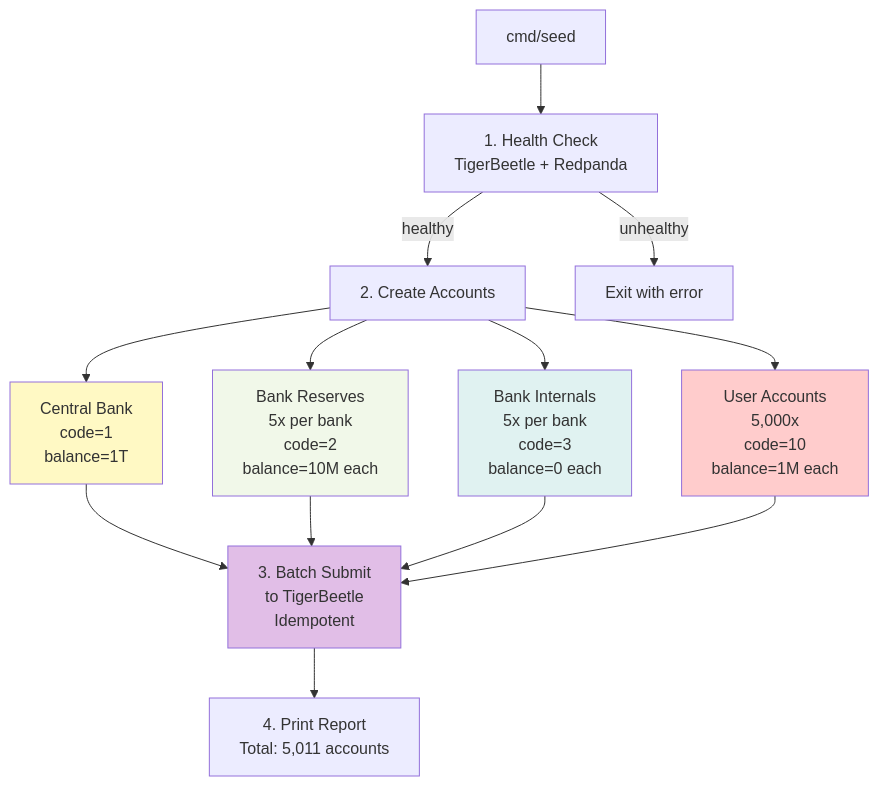
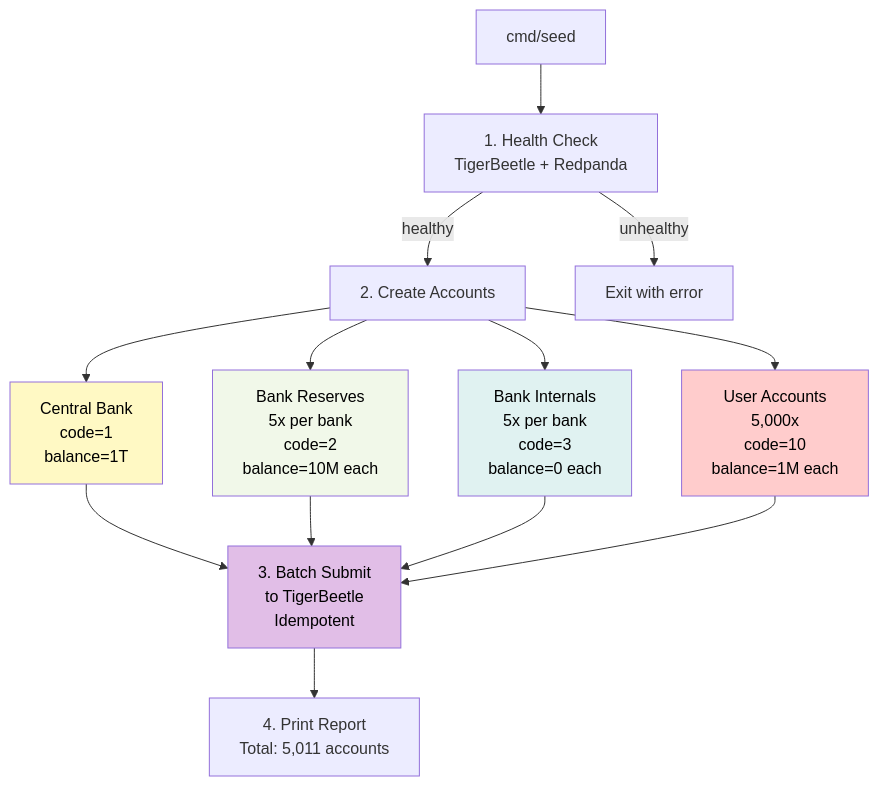
Before and after one commit to evertonstz/TigerbeetleMiniPIX: the sixth of 19 diagrams in ARCHITECTURE.md, drawn with Mermaid. The commit also changed other lines of this file, not shown here.

Commit message:
docs: improve Mermaid diagram text readability with dark text colors

````diff
--- a/ARCHITECTURE.md
+++ b/ARCHITECTURE.md
@@ -245,31 +245,31 @@
 ```mermaid
 graph TD
     Start["cmd/seed"]
     
     Start --> Health["1. Health Check<br/>TigerBeetle + Redpanda"]
     
     Health -->|healthy| Account["2. Create Accounts"]
     Health -->|unhealthy| Fail["Exit with error"]
     
     Account --> CB["Central Bank<br/>code=1<br/>balance=1T"]
     
     Account --> BR["Bank Reserves<br/>5x per bank<br/>code=2<br/>balance=10M each"]
     
     Account --> BI["Bank Internals<br/>5x per bank<br/>code=3<br/>balance=0 each"]
     
     Account --> UA["User Accounts<br/>5,000x<br/>code=10<br/>balance=1M each"]
     
     CB --> Batch["3. Batch Submit<br/>to TigerBeetle<br/>Idempotent"]
     
     BR --> Batch
     BI --> Batch
     UA --> Batch
     
     Batch --> Report["4. Print Report<br/>Total: 5,011 accounts"]
     
-    style CB fill:#fff9c4
-    style BR fill:#f1f8e9
-    style BI fill:#e0f2f1
-    style UA fill:#ffcccc
-    style Batch fill:#e1bee7
+    style CB fill:#fff9c4,color:#000
+    style BR fill:#f1f8e9,color:#000
+    style BI fill:#e0f2f1,color:#000
+    style UA fill:#ffcccc,color:#000
+    style Batch fill:#e1bee7,color:#000
 ```
````
